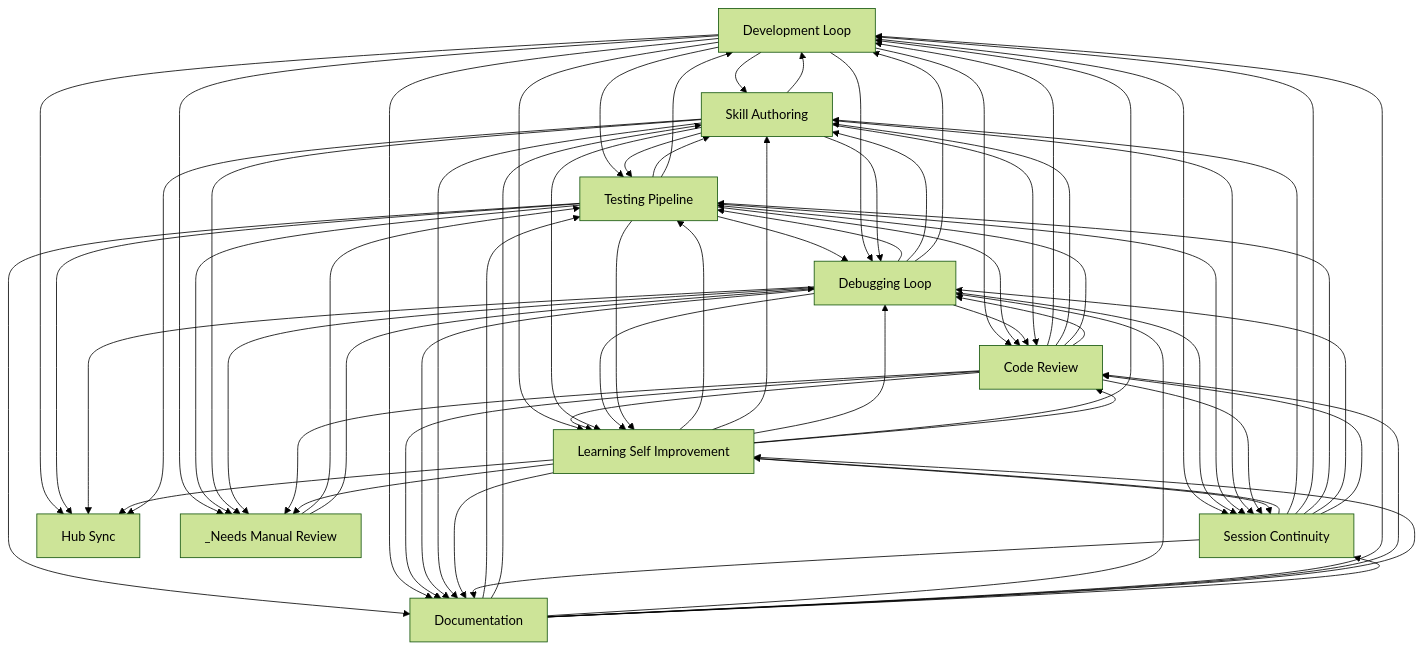
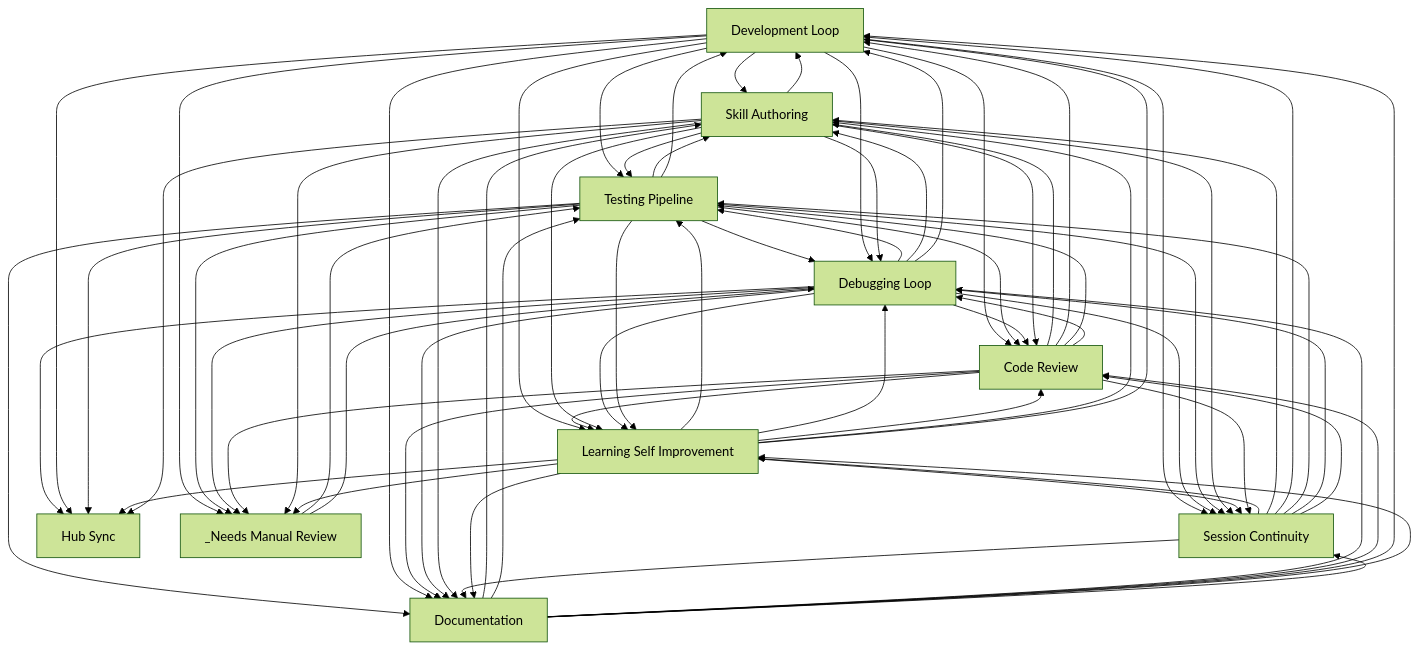
Before and after one commit to abhayla/claude-best-practices: the diagram in docs/workflows/INDEX.md, drawn with Mermaid (forest theme). The commit also changed other lines of this file and 12 other files, not shown here.

````diff
--- a/docs/workflows/INDEX.md
+++ b/docs/workflows/INDEX.md
@@ -22,82 +22,82 @@
 ```mermaid
 graph TD
     development_loop[Development Loop]
     testing_pipeline[Testing Pipeline]
     debugging_loop[Debugging Loop]
     learning_self_improvement[Learning Self Improvement]
     session_continuity[Session Continuity]
     skill_authoring[Skill Authoring]
     code_review[Code Review]
     documentation[Documentation]
     hub_sync[Hub Sync]
     _needs_manual_review[_Needs Manual Review]
+    documentation --> skill_authoring
     documentation --> testing_pipeline
-    documentation --> skill_authoring
     development_loop --> skill_authoring
     development_loop --> code_review
+    code_review --> skill_authoring
     code_review --> development_loop
-    code_review --> skill_authoring
     development_loop --> testing_pipeline
     development_loop --> learning_self_improvement
     code_review --> testing_pipeline
     code_review --> learning_self_improvement
+    skill_authoring --> testing_pipeline
     testing_pipeline --> skill_authoring
-    skill_authoring --> testing_pipeline
     testing_pipeline --> debugging_loop
+    testing_pipeline --> code_review
     testing_pipeline --> development_loop
-    testing_pipeline --> code_review
     testing_pipeline --> documentation
     debugging_loop --> testing_pipeline
+    debugging_loop --> code_review
     debugging_loop --> skill_authoring
     debugging_loop --> development_loop
-    debugging_loop --> code_review
     development_loop --> debugging_loop
     development_loop --> documentation
     skill_authoring --> development_loop
     skill_authoring --> code_review
     skill_authoring --> learning_self_improvement
     development_loop --> _needs_manual_review
     testing_pipeline --> _needs_manual_review
+    documentation --> debugging_loop
+    documentation --> code_review
+    documentation --> development_loop
     code_review --> debugging_loop
-    documentation --> debugging_loop
-    documentation --> development_loop
-    documentation --> code_review
     code_review --> documentation
+    session_continuity --> learning_self_improvement
     development_loop --> session_continuity
-    session_continuity --> learning_self_improvement
     _needs_manual_review --> testing_pipeline
     debugging_loop --> session_continuity
     debugging_loop --> learning_self_improvement
     testing_pipeline --> session_continuity
     testing_pipeline --> learning_self_improvement
     debugging_loop --> documentation
     documentation --> learning_self_improvement
     skill_authoring --> session_continuity
     skill_authoring --> debugging_loop
     _needs_manual_review --> debugging_loop
     learning_self_improvement --> testing_pipeline
+    learning_self_improvement --> debugging_loop
+    learning_self_improvement --> code_review
     learning_self_improvement --> skill_authoring
-    learning_self_improvement --> debugging_loop
     learning_self_improvement --> development_loop
-    learning_self_improvement --> code_review
-    skill_authoring --> _needs_manual_review
     debugging_loop --> _needs_manual_review
     code_review --> _needs_manual_review
+    skill_authoring --> _needs_manual_review
     skill_authoring --> documentation
+    learning_self_improvement --> session_continuity
     code_review --> session_continuity
-    learning_self_improvement --> session_continuity
     session_continuity --> skill_authoring
     session_continuity --> development_loop
     session_continuity --> testing_pipeline
     session_continuity --> debugging_loop
+    session_continuity --> code_review
+    session_continuity --> documentation
     learning_self_improvement --> documentation
+    debugging_loop --> hub_sync
     development_loop --> hub_sync
     testing_pipeline --> hub_sync
-    debugging_loop --> hub_sync
     learning_self_improvement --> hub_sync
     skill_authoring --> hub_sync
     learning_self_improvement --> _needs_manual_review
-    session_continuity --> code_review
-    session_continuity --> documentation
     documentation --> session_continuity
 ```
````
